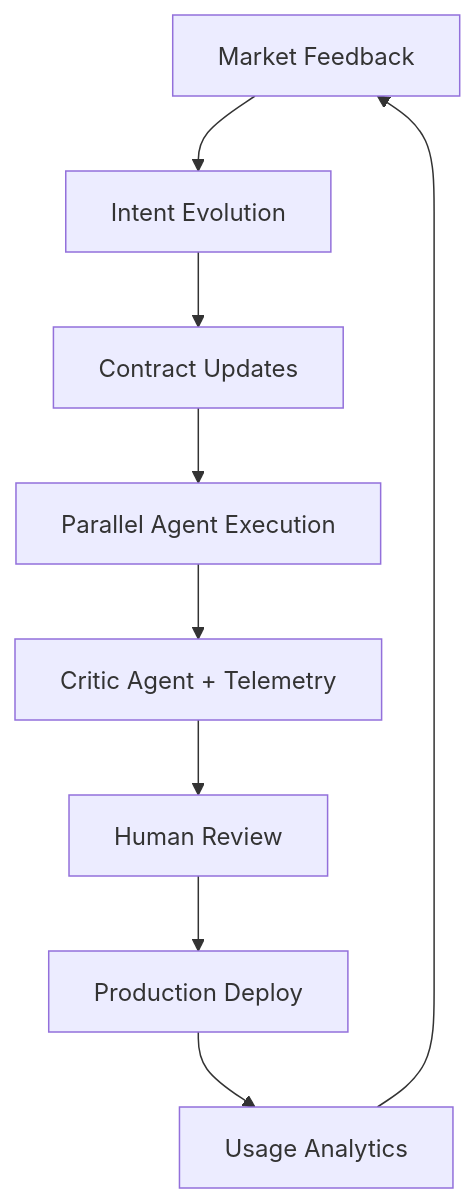
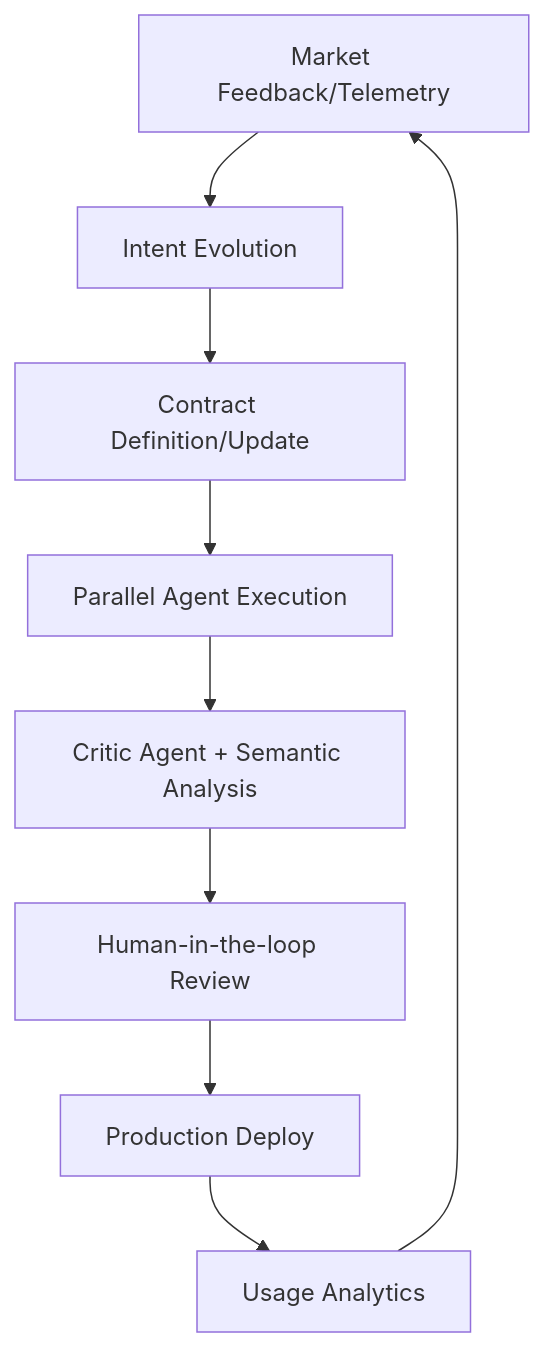
One commit to seanwhs/Plans changed the diagram in Becoming-an-Architect-Solopreneur/Part-9-Public-Beta-Launch.md. Above: the diagram before and after it, drawn with Mermaid. The commit also changed other lines of this file, not shown here.

````diff
--- a/Becoming-an-Architect-Solopreneur/Part-9-Public-Beta-Launch.md
+++ b/Becoming-an-Architect-Solopreneur/Part-9-Public-Beta-Launch.md
@@ -57,11 +54,12 @@
 ```mermaid
 flowchart TD
-    Market[Market Feedback] --> Intent[Intent Evolution]
-    Intent --> Contracts[Contract Updates]
+    Market[Market Feedback/Telemetry] --> Intent[Intent Evolution]
+    Intent --> Contracts[Contract Definition/Update]
     Contracts --> Agents[Parallel Agent Execution]
-    Agents --> Critic[Critic Agent + Telemetry]
-    Critic --> Review[Human Review]
+    Agents --> Critic[Critic Agent + Semantic Analysis]
+    Critic --> Review[Human-in-the-loop Review]
     Review --> Deploy[Production Deploy]
     Deploy --> Usage[Usage Analytics]
     Usage --> Market
+
 ```
````
